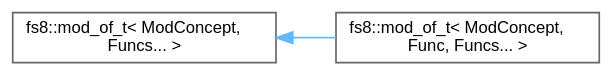
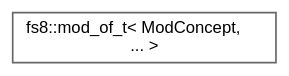
Before and after one commit to the-moisrex/foresight: the diagram in api/inherit_graph_85.dot, drawn with Graphviz. The commit also changed 373 other files, not shown here.

```diff
--- a/api/inherit_graph_85.dot
+++ b/api/inherit_graph_85.dot
@@ -1,11 +1,9 @@
 digraph "Graphical Class Hierarchy"
 {
  // LATEX_PDF_SIZE
   bgcolor="transparent";
   edge [fontname=Helvetica,fontsize=10,labelfontname=Helvetica,labelfontsize=10];
   node [fontname=Helvetica,fontsize=10,shape=box,height=0.2,width=0.4];
   rankdir="LR";
-  Node0 [id="Node000000",label="fs8::mod_of_t\< ModConcept,\l Funcs... \>",height=0.2,width=0.4,color="grey40", fillcolor="white", style="filled",URL="$structfs8_1_1mod__of__t.html",tooltip=" "];
-  Node0 -> Node1 [id="edge134_Node000000_Node000001",dir="back",color="steelblue1",style="solid",tooltip=" "];
-  Node1 [id="Node000001",label="fs8::mod_of_t\< ModConcept,\l Func, Funcs... \>",height=0.2,width=0.4,color="grey40", fillcolor="white", style="filled",URL="$structfs8_1_1mod__of__t_3_01ModConcept_00_01Func_00_01Funcs_8_8_8_01_4.html",tooltip=" "];
+  Node0 [id="Node000000",label="fs8::mod_of_t\< ModConcept,\l... \>",height=0.2,width=0.4,color="grey40", fillcolor="white", style="filled",URL="$structfs8_1_1mod__of__t.html",tooltip=" "];
 }
```
